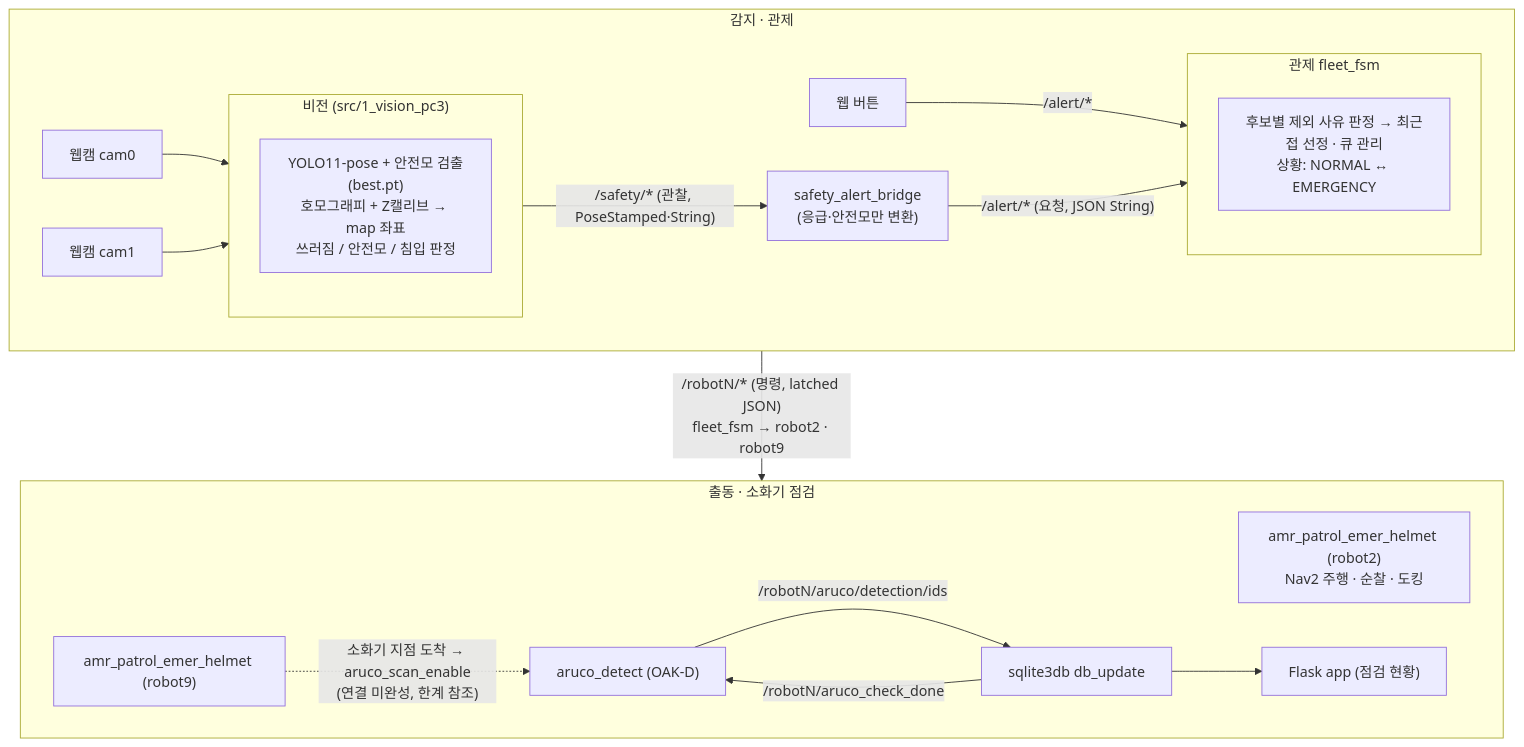
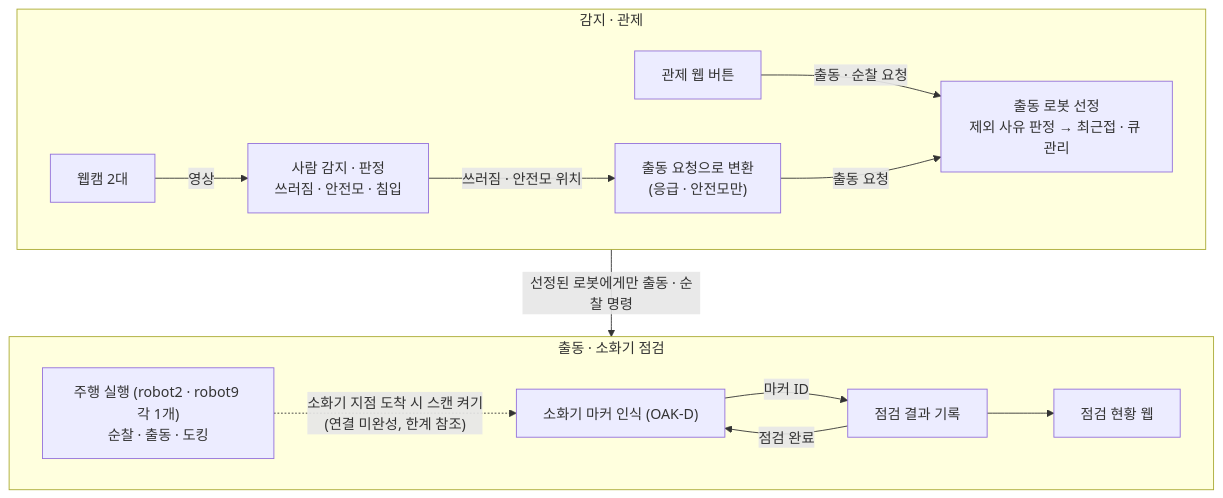
Before and after one commit to gwanhuiGIM/Rokey_intelli1: the first of 2 diagrams in README.md, drawn with Mermaid. The commit also changed other lines of this file, not shown here.

````diff
--- a/README.md
+++ b/README.md
@@ -15,27 +17,18 @@
 ```mermaid
 flowchart TB
     subgraph DETECT["감지 · 관제"]
         direction LR
-        C0["웹캠 cam0"] --> VIS
-        C1["웹캠 cam1"] --> VIS
-        subgraph VIS["비전 (src/1_vision_pc3)"]
-            V["YOLO11-pose + 안전모 검출(best.pt)<br/>호모그래피 + Z캘리브 → map 좌표<br/>쓰러짐 / 안전모 / 침입 판정"]
-        end
-        VIS -->|"/safety/* (관찰, PoseStamped·String)"| SAB["safety_alert_bridge<br/>(응급·안전모만 변환)"]
-        WEBBTN["웹 버튼"] -->|"/alert/*"| FSM
-        SAB -->|"/alert/* (요청, JSON String)"| FSM
-        subgraph FSM["관제 fleet_fsm"]
-            F["후보별 제외 사유 판정 → 최근접 선정 · 큐 관리<br/>상황: NORMAL ↔ EMERGENCY"]
-        end
+        CAM["웹캠 2대"] -->|"영상"| VIS["사람 감지 · 판정<br/>쓰러짐 · 안전모 · 침입"]
+        VIS -->|"쓰러짐 · 안전모 위치"| SAB["출동 요청으로 변환<br/>(응급 · 안전모만)"]
+        WEB["관제 웹 버튼"] -->|"출동 · 순찰 요청"| FSM
+        SAB -->|"출동 요청"| FSM["출동 로봇 선정<br/>제외 사유 판정 → 최근접 · 큐 관리"]
     end
-    DETECT -->|"/robotN/* (명령, latched JSON)<br/>fleet_fsm → robot2 · robot9"| FIELD
+    DETECT -->|"선정된 로봇에게만 출동 · 순찰 명령"| FIELD
     subgraph FIELD["출동 · 소화기 점검"]
         direction LR
-        R2["amr_patrol_emer_helmet (robot2)<br/>Nav2 주행 · 순찰 · 도킹"]
-        R9["amr_patrol_emer_helmet (robot9)"]
-        R9 -.->|"소화기 지점 도착 → aruco_scan_enable<br/>(연결 미완성, 한계 참조)"| AR["aruco_detect (OAK-D)"]
-        AR -->|"/robotN/aruco/detection/ids"| DBU["sqlite3db db_update"]
-        DBU -->|"/robotN/aruco_check_done"| AR
-        DBU --> FL["Flask app (점검 현황)"]
+        EXE["주행 실행 (robot2 · robot9 각 1개)<br/>순찰 · 출동 · 도킹"] -.->|"소화기 지점 도착 시 스캔 켜기<br/>(연결 미완성, 한계 참조)"| AR["소화기 마커 인식 (OAK-D)"]
+        AR -->|"마커 ID"| DBU["점검 결과 기록"]
+        DBU -->|"점검 완료"| AR
+        DBU --> FL["점검 현황 웹"]
     end
 ```
````
